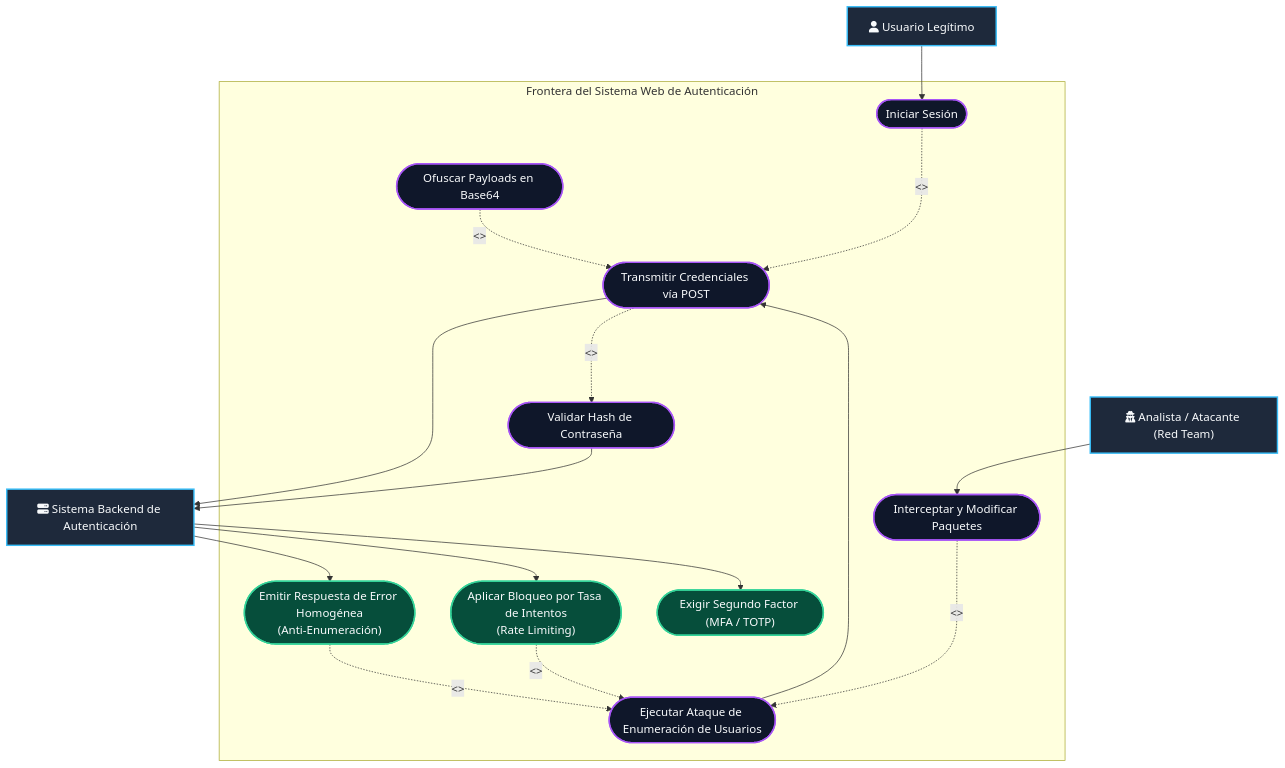
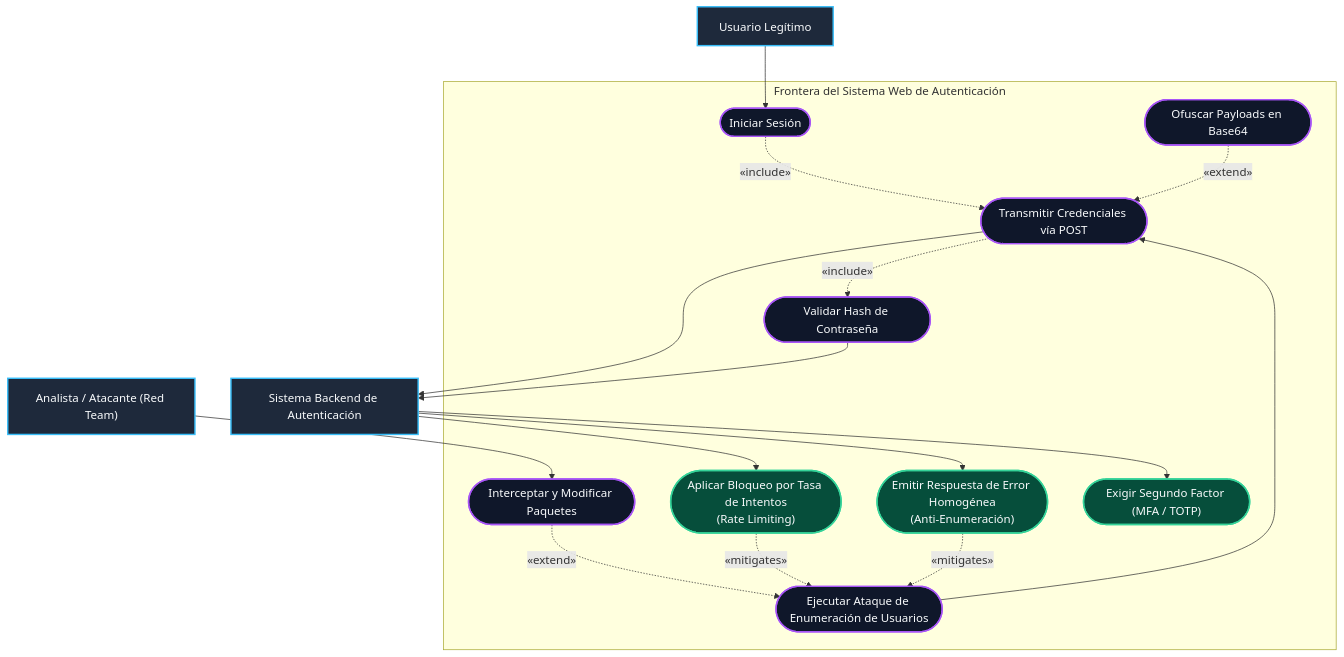
One commit to EmanullArk/AEVOID changed the second of 3 diagrams in casos-estudio/diagrama_uml_caso_estudio.md. Above: the diagram before and after it, drawn with Mermaid. The commit also changed other lines of this file and 21 other files, not shown here.

````diff
--- a/casos-estudio/diagrama_uml_caso_estudio.md
+++ b/casos-estudio/diagrama_uml_caso_estudio.md
@@ -77,41 +76,41 @@
 ```mermaid
 graph TD
     classDef actorStyle fill:#1e293b,stroke:#38bdf8,stroke-width:2px,color:#f8fafc;
     classDef useCase fill:#0f172a,stroke:#a855f7,stroke-width:2px,color:#f8fafc;
     classDef blueCase fill:#064e3b,stroke:#34d399,stroke-width:2px,color:#f8fafc;
 
-    User["fa:fa-user Usuario Legítimo"]:::actorStyle
-    Attacker["fa:fa-user-secret Analista / Atacante (Red Team)"]:::actorStyle
-    System["fa:fa-server Sistema Backend de Autenticación"]:::actorStyle
+    User["Usuario Legítimo"]:::actorStyle
+    Attacker["Analista / Atacante (Red Team)"]:::actorStyle
+    System["Sistema Backend de Autenticación"]:::actorStyle
 
     subgraph Frontera_Sistema ["Frontera del Sistema Web de Autenticación"]
         UC1(["Iniciar Sesión"]):::useCase
         UC2(["Transmitir Credenciales vía POST"]):::useCase
         UC3(["Interceptar y Modificar Paquetes"]):::useCase
         UC4(["Ejecutar Ataque de Enumeración de Usuarios"]):::useCase
         UC5(["Ofuscar Payloads en Base64"]):::useCase
         UC6(["Validar Hash de Contraseña"]):::useCase
         UC7(["Emitir Respuesta de Error Homogénea\n(Anti-Enumeración)"]):::blueCase
         UC8(["Aplicar Bloqueo por Tasa de Intentos\n(Rate Limiting)"]):::blueCase
         UC9(["Exigir Segundo Factor (MFA / TOTP)"]):::blueCase
     end
 
     User --> UC1
-    UC1 ..->|<<include>>| UC2
+    UC1 -.->|"«include»"| UC2
     UC2 --> System
 
     Attacker --> UC3
-    UC3 ..->|<<extend>>| UC4
+    UC3 -.->|"«extend»"| UC4
     UC4 --> UC2
 
-    UC2 ..->|<<include>>| UC6
+    UC2 -.->|"«include»"| UC6
     UC6 --> System
 
     System --> UC7
     System --> UC8
     System --> UC9
 
-    UC5 -.->|<<extend>>| UC2
-    UC8 -.->|<<mitigates>>| UC4
-    UC7 -.->|<<mitigates>>| UC4
+    UC5 -.->|"«extend»"| UC2
+    UC8 -.->|"«mitigates»"| UC4
+    UC7 -.->|"«mitigates»"| UC4
 ```
````
